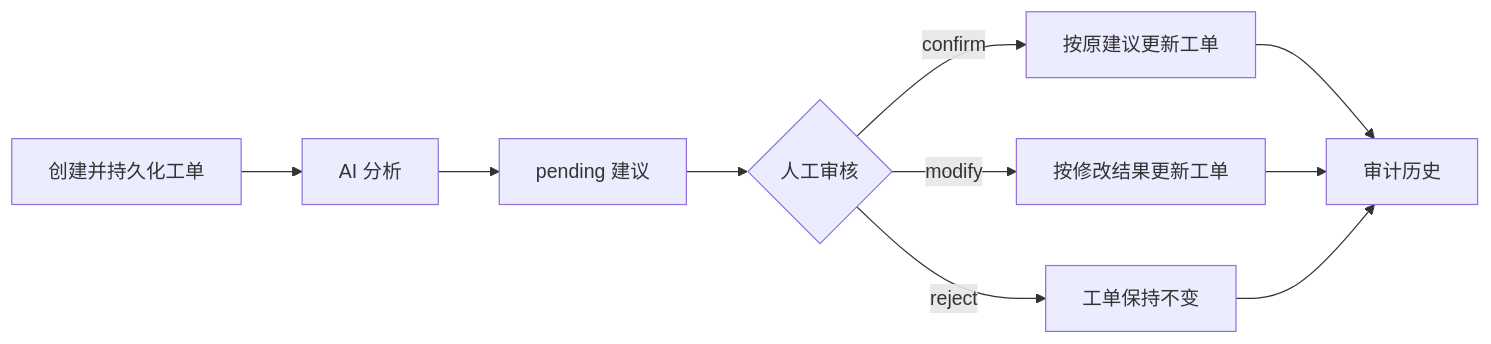
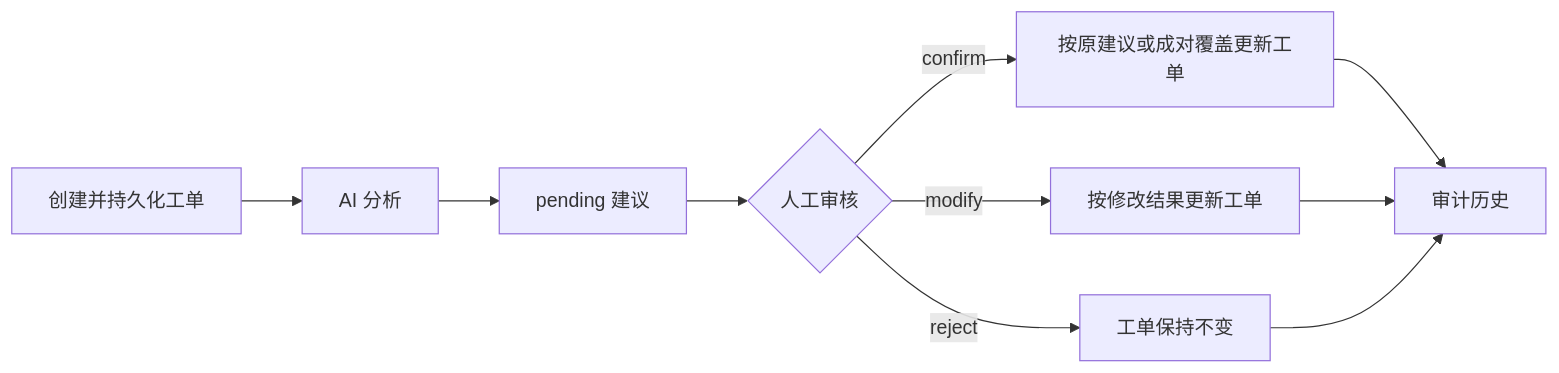
The diagram in README.md (Meow-saucee/intelligent-ticket-system), drawn with Mermaid before and after one commit. The commit also changed other lines of this file and 1 other file, not shown here.

````diff
--- a/README.md
+++ b/README.md
@@ -37,12 +37,12 @@
 ```mermaid
 flowchart LR
     A[创建并持久化工单] --> B[AI 分析]
     B --> C[pending 建议]
     C --> D{人工审核}
-    D -->|confirm| E[按原建议更新工单]
+    D -->|confirm| E[按原建议或成对覆盖更新工单]
     D -->|modify| F[按修改结果更新工单]
     D -->|reject| G[工单保持不变]
     E --> H[审计历史]
     F --> H
     G --> H
 ```
````
